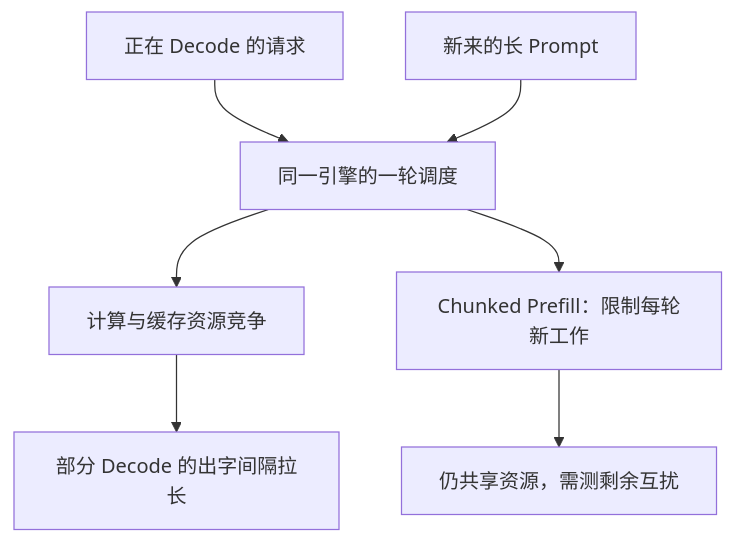
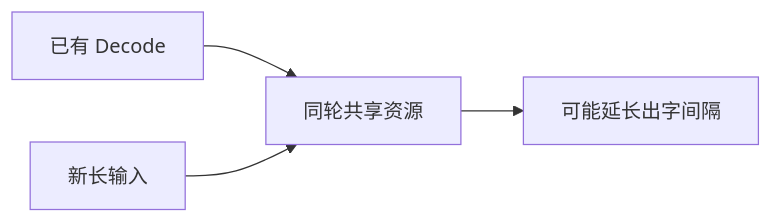
The diagram in docs/guides/模块四-推理优化/第7章-PD解耦架构/7.1-混合Batching与PD互扰.md (vinsonnnnn/AIInfraGuide), drawn with Mermaid before and after one commit. The commit also changed other lines of this file and 25 other files, not shown here.

Commit message:
docs: revise chapters six and seven with worked explanations and diagrams

````diff
--- a/docs/guides/模块四-推理优化/第7章-PD解耦架构/7.1-混合Batching与PD互扰.md
+++ b/docs/guides/模块四-推理优化/第7章-PD解耦架构/7.1-混合Batching与PD互扰.md
@@ -75,9 +88,6 @@
 ```mermaid
-graph TD
-    A["正在 Decode 的请求"] --> C["同一引擎的一轮调度"]
-    B["新来的长 Prompt"] --> C
-    C --> D["计算与缓存资源竞争"]
-    D --> E["部分 Decode 的出字间隔拉长"]
-    C --> F["Chunked Prefill：限制每轮新工作"]
-    F --> G["仍共享资源，需测剩余互扰"]
+flowchart LR
+    A["已有 Decode"] --> C["同轮共享资源"]
+    B["新长输入"] --> C
+    C --> D["可能延长出字间隔"]
 ```
````
